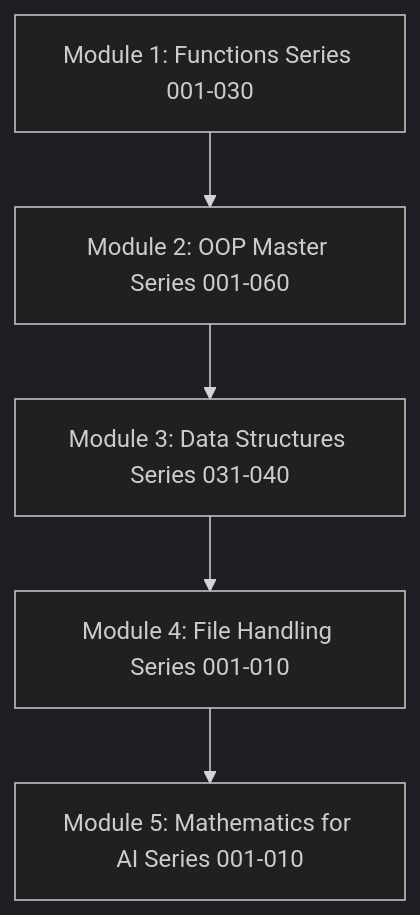
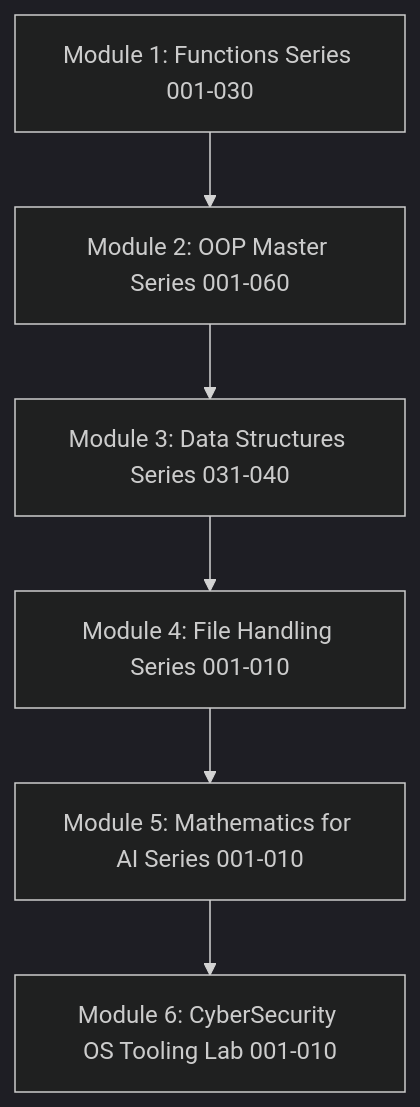
The diagram in README.md (LIKITH-3012-MAC/Complete-Python-3-oops-also-), drawn with Mermaid (dark theme) before and after one commit. The commit also changed other lines of this file and 13 other files, not shown here.

Commit message:
Complete CyberSecurity OS Tooling Lab (001-010) compiled notebooks and update README

````diff
--- a/README.md
+++ b/README.md
@@ -22,7 +22,8 @@
 ```mermaid
 graph TD
     A[Module 1: Functions Series 001-030] --> B[Module 2: OOP Master Series 001-060]
     B --> C[Module 3: Data Structures Series 031-040]
     C --> D[Module 4: File Handling Series 001-010]
     D --> E[Module 5: Mathematics for AI Series 001-010]
+    E --> F[Module 6: CyberSecurity OS Tooling Lab 001-010]
 ```
````
